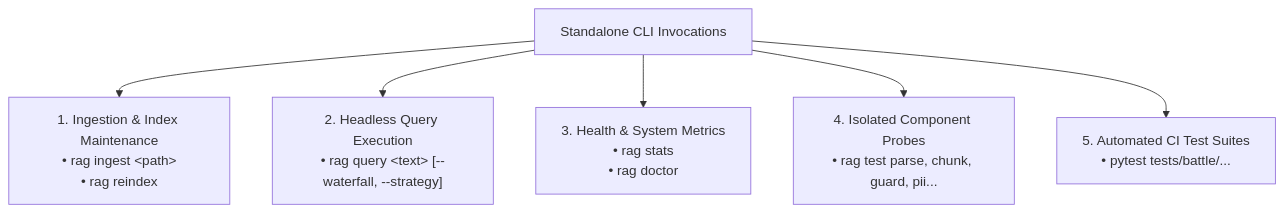
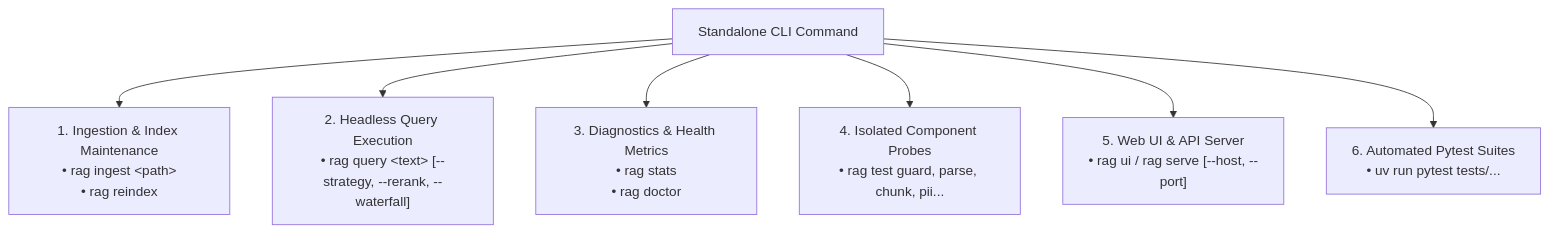
The diagram in notes/developer/terminal_commands.md (uehera/RAGnarok), drawn with Mermaid before and after one commit. The commit also changed other lines of this file and 14 other files, not shown here.

Commit message:
docs: overhaul setup guide, architectural blueprints, research reports, and main README

````diff
--- a/notes/developer/terminal_commands.md
+++ b/notes/developer/terminal_commands.md
@@ -12,8 +12,9 @@
 ```mermaid
 flowchart TD
-    CMD["Standalone CLI Invocations"] --> ING["1. Ingestion & Index Maintenance<br>• rag ingest &lt;path&gt;<br>• rag reindex"]
-    CMD --> QRY["2. Headless Query Execution<br>• rag query &lt;text&gt; [--waterfall, --strategy]"]
-    CMD --> DIAG["3. Health & System Metrics<br>• rag stats<br>• rag doctor"]
-    CMD --> PROBE["4. Isolated Component Probes<br>• rag test parse, chunk, guard, pii..."]
-    CMD --> TEST["5. Automated CI Test Suites<br>• pytest tests/battle/..."]
+    CMD["Standalone CLI Command"] --> ING["1. Ingestion & Index Maintenance<br>• rag ingest &lt;path&gt;<br>• rag reindex"]
+    CMD --> QRY["2. Headless Query Execution<br>• rag query &lt;text&gt; [--strategy, --rerank, --waterfall]"]
+    CMD --> DIAG["3. Diagnostics & Health Metrics<br>• rag stats<br>• rag doctor"]
+    CMD --> PROBE["4. Isolated Component Probes<br>• rag test guard, parse, chunk, pii..."]
+    CMD --> SRV["5. Web UI & API Server<br>• rag ui / rag serve [--host, --port]"]
+    CMD --> TEST["6. Automated Pytest Suites<br>• uv run pytest tests/..."]
 ```
````
